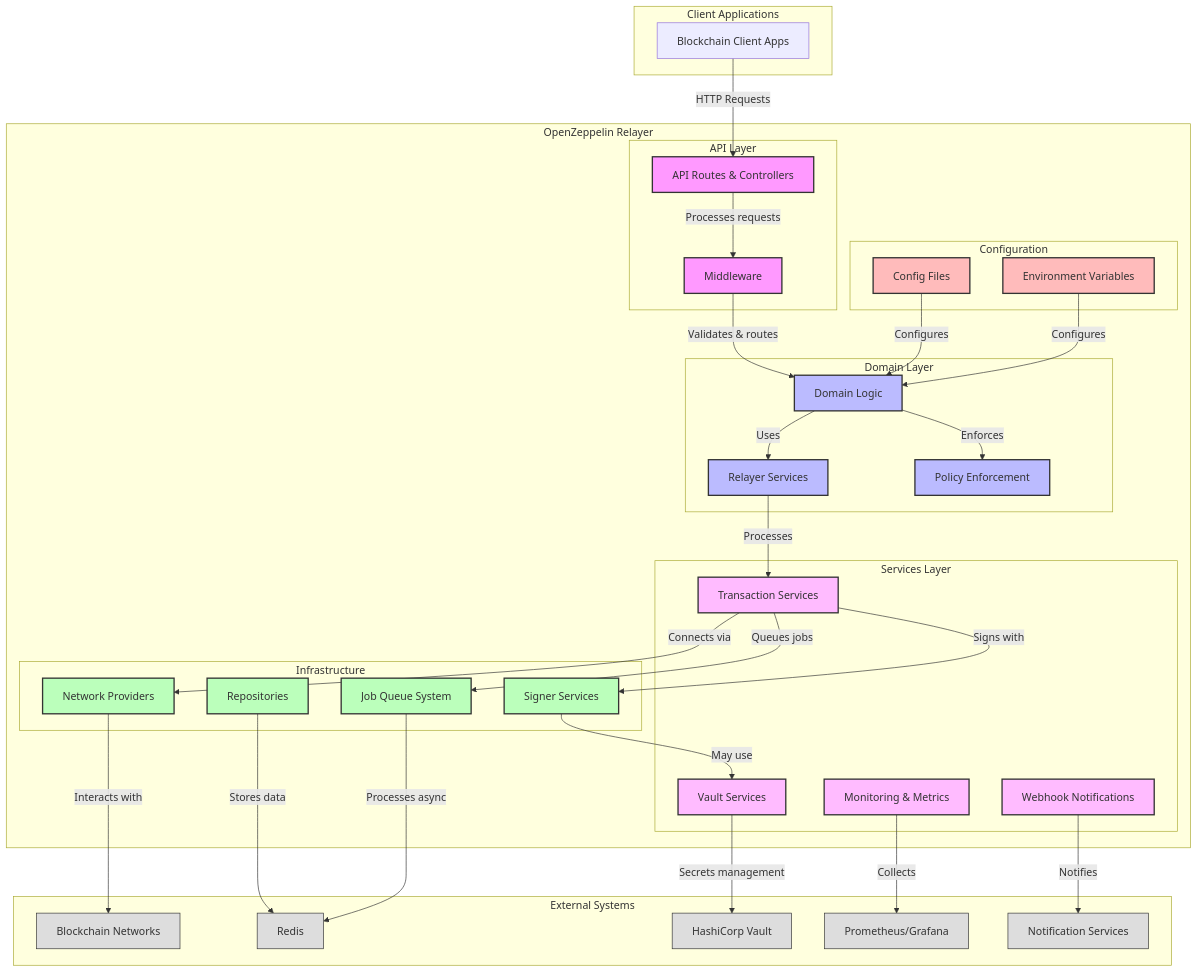
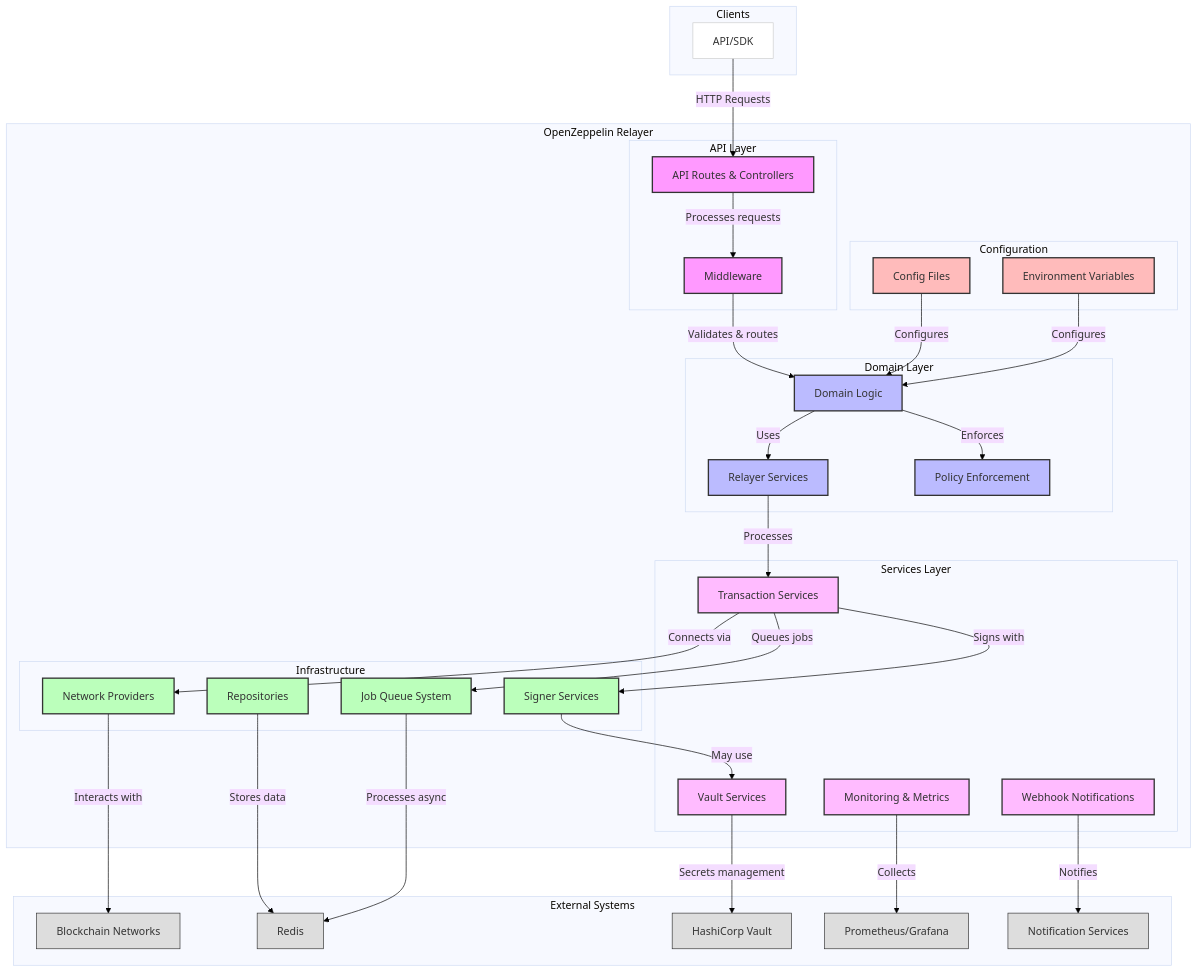
The diagram in README.md (OpenZeppelin/openzeppelin-relayer), drawn with Mermaid before and after one commit.

Commit message:
chore: apply theme

````diff
--- a/README.md
+++ b/README.md
@@ -65,7 +65,15 @@
 ```mermaid
+%%{init: {
+    'theme': 'base',
+    'themeVariables': {
+        'background': '#ffffff',
+        'mainBkg': '#ffffff',
+        'primaryBorderColor': '#cccccc'
+    }
+}}%%
 flowchart TB
-    subgraph "Client Applications"
-        client[Blockchain Client Apps]
+    subgraph "Clients"
+        client[API/SDK]
     end
 
     subgraph "OpenZeppelin Relayer"
````
